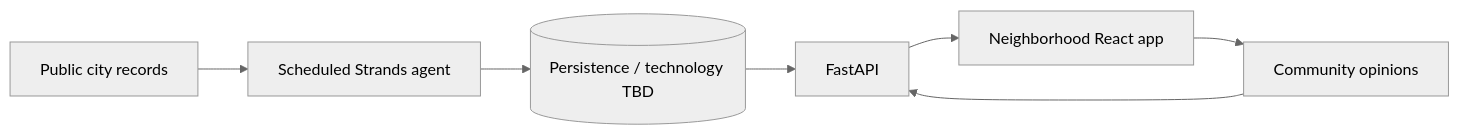
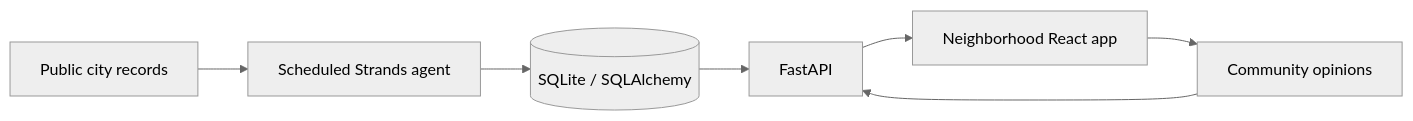
Before and after one commit to k1lst1x/DOCKET: the second of 2 diagrams in docs/architecture.md, drawn with Mermaid (neutral theme). The commit also changed other lines of this file and 17 other files, not shown here.

Commit message:
feat: configure SQLite persistence and Alembic migrations

````diff
--- a/docs/architecture.md
+++ b/docs/architecture.md
@@ -19,9 +19,9 @@
 ```mermaid
 flowchart LR
   Records[Public city records] --> Agent[Scheduled Strands agent]
-  Agent --> Store[(Persistence / technology TBD)]
+  Agent --> Store[(SQLite / SQLAlchemy)]
   Store --> API[FastAPI]
   API --> UI[Neighborhood React app]
   UI --> Votes[Community opinions]
   Votes --> API
 ```
````
